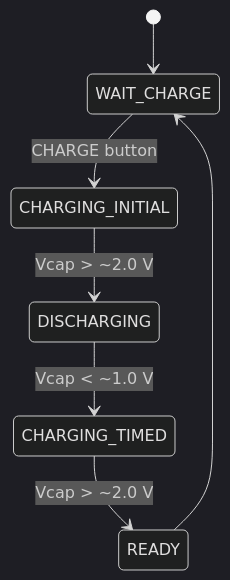
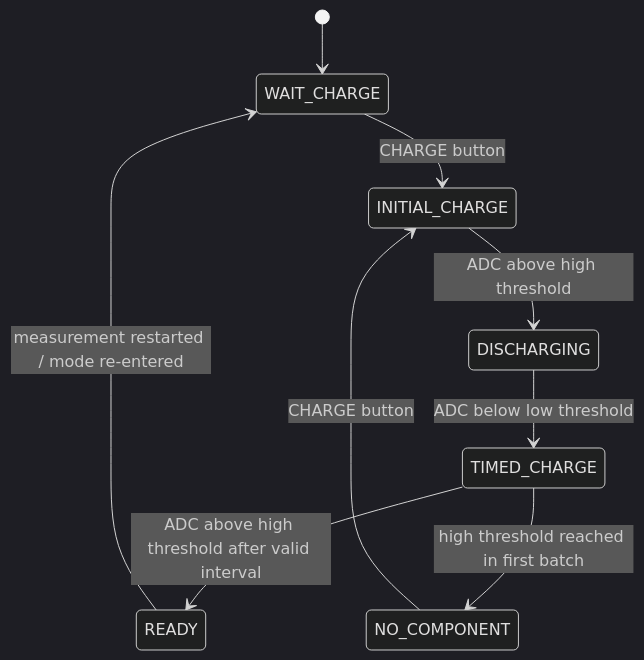
One commit to haikevins/Multimeter_Project changed the seventh of 13 diagrams in README.md. Above: the diagram before and after it, drawn with Mermaid (dark theme). The commit also changed other lines of this file, not shown here.

````diff
--- a/README.md
+++ b/README.md
@@ -521,9 +597,11 @@
 ```mermaid
 stateDiagram-v2
     [*] --> WAIT_CHARGE
-    WAIT_CHARGE --> CHARGING_INITIAL: CHARGE button
-    CHARGING_INITIAL --> DISCHARGING: Vcap > ~2.0 V
-    DISCHARGING --> CHARGING_TIMED: Vcap < ~1.0 V
-    CHARGING_TIMED --> READY: Vcap > ~2.0 V
-    READY --> WAIT_CHARGE
+    WAIT_CHARGE --> INITIAL_CHARGE: CHARGE button
+    INITIAL_CHARGE --> DISCHARGING: ADC above high threshold
+    DISCHARGING --> TIMED_CHARGE: ADC below low threshold
+    TIMED_CHARGE --> READY: ADC above high threshold after valid interval
+    TIMED_CHARGE --> NO_COMPONENT: high threshold reached in first batch
+    READY --> WAIT_CHARGE: measurement restarted / mode re-entered
+    NO_COMPONENT --> INITIAL_CHARGE: CHARGE button
 ```
````
